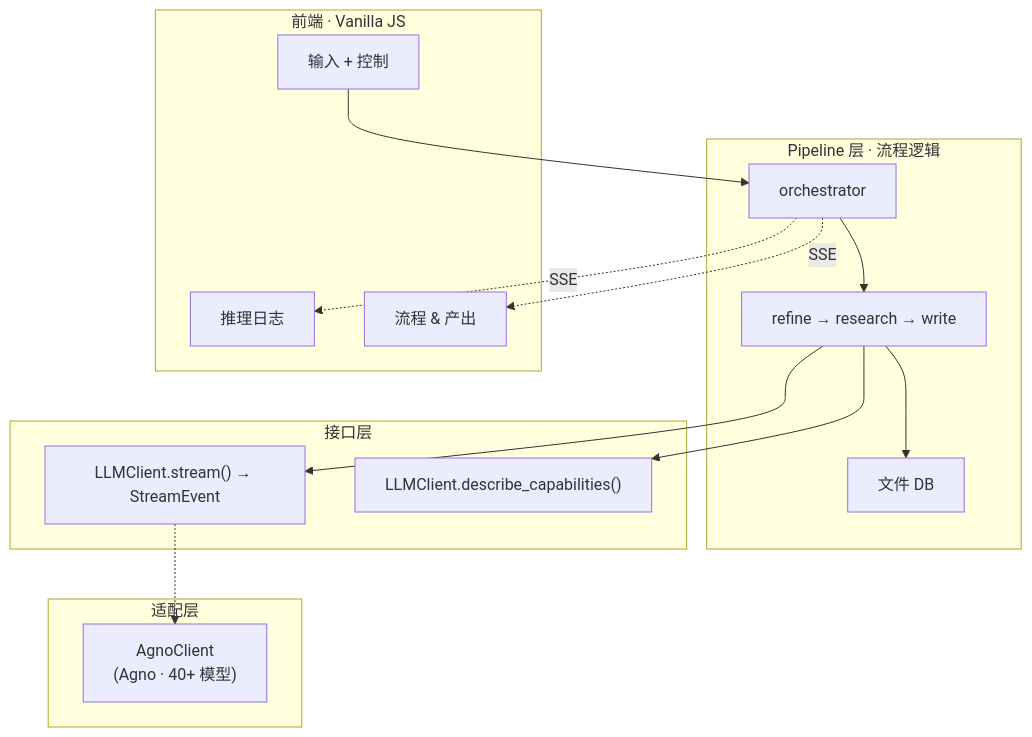
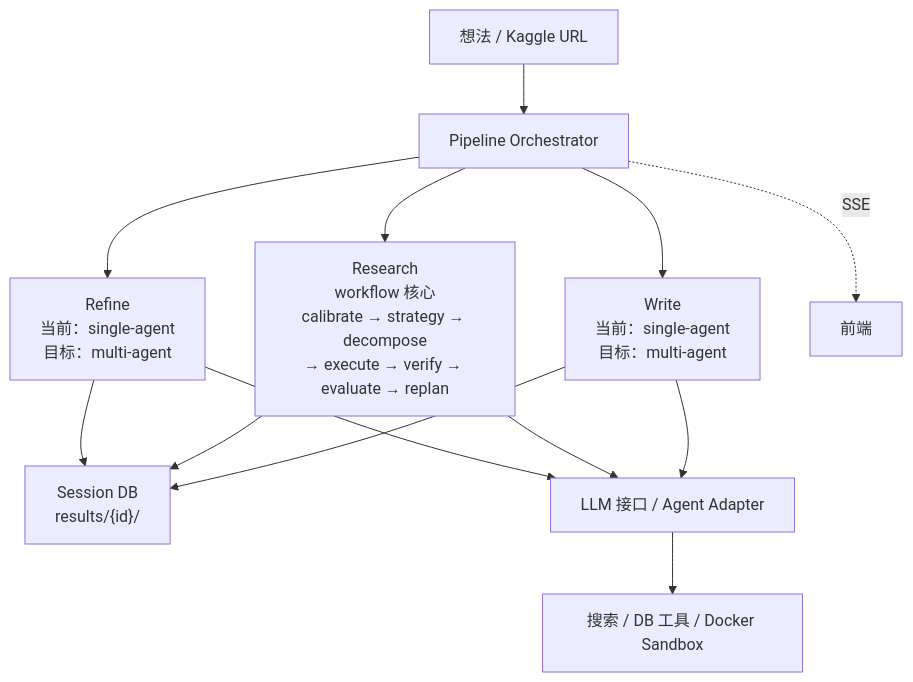
Before and after one commit to dozybot001/MAARS: the diagram in README_CN.md, drawn with Mermaid. The commit also changed other lines of this file and 7 other files, not shown here.

Commit message:
docs: consolidate architecture docs, archive outdated files

````diff
--- a/README_CN.md
+++ b/README_CN.md
@@ -38,30 +17,19 @@
 ```mermaid
 flowchart TB
-    subgraph Pipeline["Pipeline 层 · 流程逻辑"]
-        ORCH["orchestrator"] --> STAGES["refine → research → write"]
-        STAGES --> DB["文件 DB"]
-    end
+    INPUT["想法 / Kaggle URL"] --> ORCH["Pipeline Orchestrator"]
 
-    subgraph Interface["接口层"]
-        LLM["LLMClient.stream() → StreamEvent"]
-        CAP["LLMClient.describe_capabilities()"]
-    end
+    ORCH --> REF["Refine<br/>当前：single-agent<br/>目标：multi-agent"]
+    ORCH --> RES["Research<br/>workflow 核心<br/>calibrate → strategy → decompose<br/>→ execute → verify → evaluate → replan"]
+    ORCH --> WRI["Write<br/>当前：single-agent<br/>目标：multi-agent"]
 
-    subgraph Adapters["适配层"]
-        AGNO["AgnoClient\n(Agno · 40+ 模型)"]
-    end
+    REF --> DB["Session DB<br/>results/{id}/"]
+    RES --> DB
+    WRI --> DB
 
-    STAGES --> LLM
-    STAGES --> CAP
-    LLM -.-> AGNO
+    REF --> LLM["LLM 接口 / Agent Adapter"]
+    RES --> LLM
+    WRI --> LLM
 
-    subgraph FE["前端 · Vanilla JS"]
-        UI["输入 + 控制"]
-        LOG["推理日志"]
-        PROC["流程 & 产出"]
-    end
-
-    UI --> ORCH
-    ORCH -."SSE".-> LOG
-    ORCH -."SSE".-> PROC
+    LLM --> TOOLS["搜索 / DB 工具 / Docker Sandbox"]
+    ORCH -. SSE .-> UI["前端"]
 ```
````
